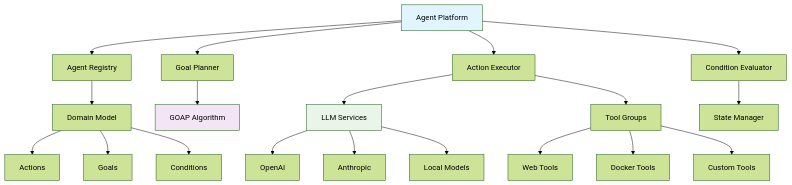
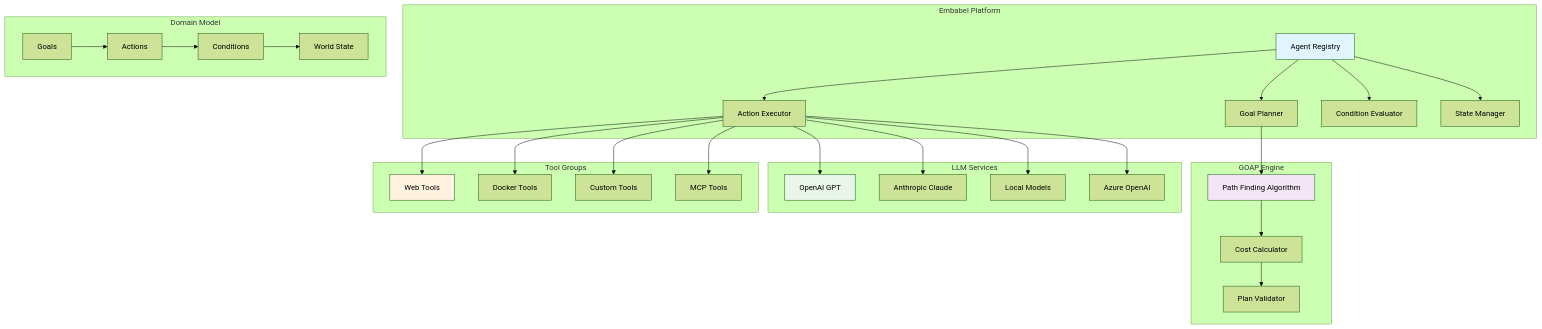
One commit to rubiklife/rubiklife.github.io changed the first of 4 diagrams in _posts/2025-07-04-embabel-agent-guide.md. Above: the diagram before and after it, drawn with Mermaid (forest theme). The commit also changed other lines of this file, not shown here.

````diff
--- a/_posts/2025-07-04-embabel-agent-guide.md
+++ b/_posts/2025-07-04-embabel-agent-guide.md
@@ -28,29 +40,40 @@
 ```mermaid
 graph TB
-    A[Agent Platform] --> B[Agent Registry]
-    A --> C[Goal Planner]
-    A --> D[Action Executor]
-    A --> E[Condition Evaluator]
+    subgraph "Embabel Platform"
+        A[Agent Registry] --> B[Goal Planner]
+        A --> C[Action Executor]
+        A --> D[Condition Evaluator]
+        A --> E[State Manager]
+    end
     
-    B --> F[Domain Model]
-    C --> G[GOAP Algorithm]
-    D --> H[LLM Services]
-    D --> I[Tool Groups]
-    E --> J[State Manager]
+    subgraph "GOAP Engine"
+        B --> F[Path Finding Algorithm]
+        F --> G[Cost Calculator]
+        G --> H[Plan Validator]
+    end
     
-    F --> K[Actions]
-    F --> L[Goals]
-    F --> M[Conditions]
+    subgraph "LLM Services"
+        C --> I[OpenAI GPT]
+        C --> J[Anthropic Claude]
+        C --> K[Local Models]
+        C --> L[Azure OpenAI]
+    end
     
-    H --> N[OpenAI]
-    H --> O[Anthropic]
-    H --> P[Local Models]
+    subgraph "Tool Groups"
+        C --> M[Web Tools]
+        C --> N[Docker Tools]
+        C --> O[Custom Tools]
+        C --> P[MCP Tools]
+    end
     
-    I --> Q[Web Tools]
-    I --> R[Docker Tools]
-    I --> S[Custom Tools]
+    subgraph "Domain Model"
+        Q[Goals] --> R[Actions]
+        R --> S[Conditions]
+        S --> T[World State]
+    end
     
     style A fill:#e1f5fe
-    style G fill:#f3e5f5
-    style H fill:#e8f5e8
+    style F fill:#f3e5f5
+    style I fill:#e8f5e8
+    style M fill:#fff3e0
 ```
````
